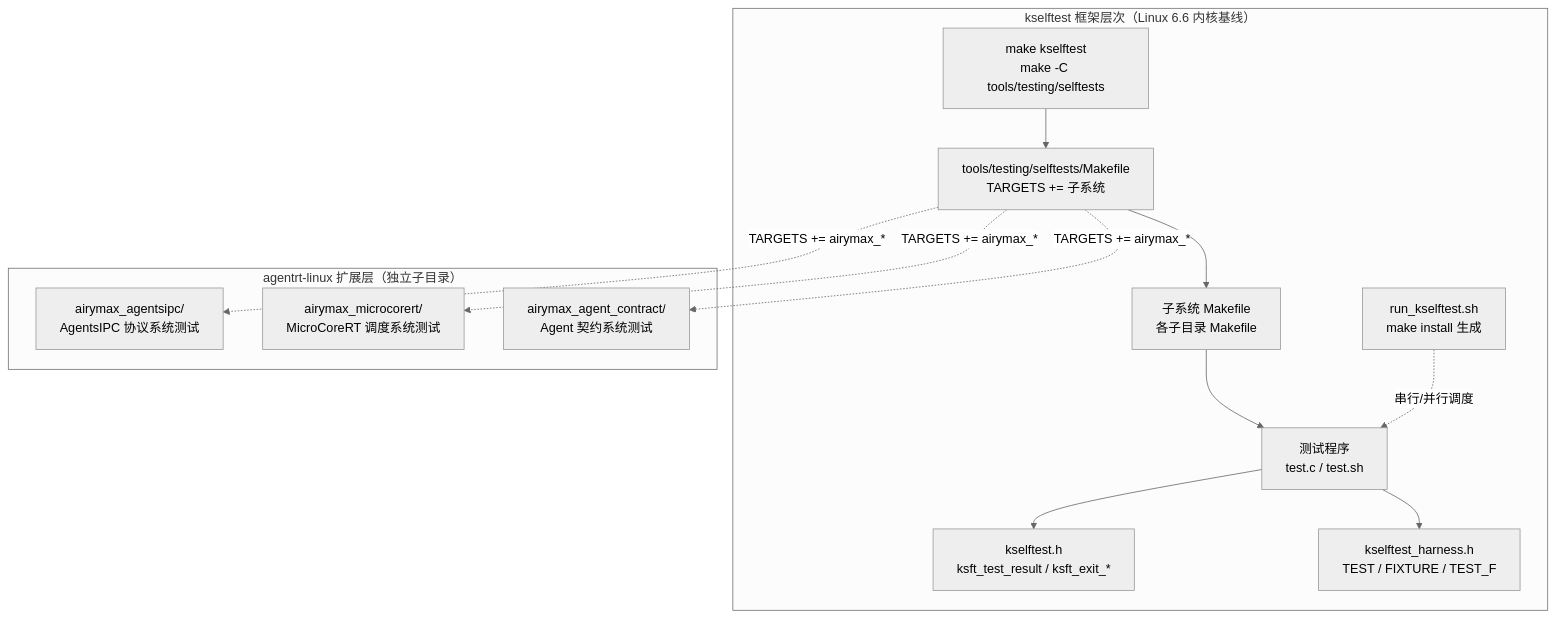
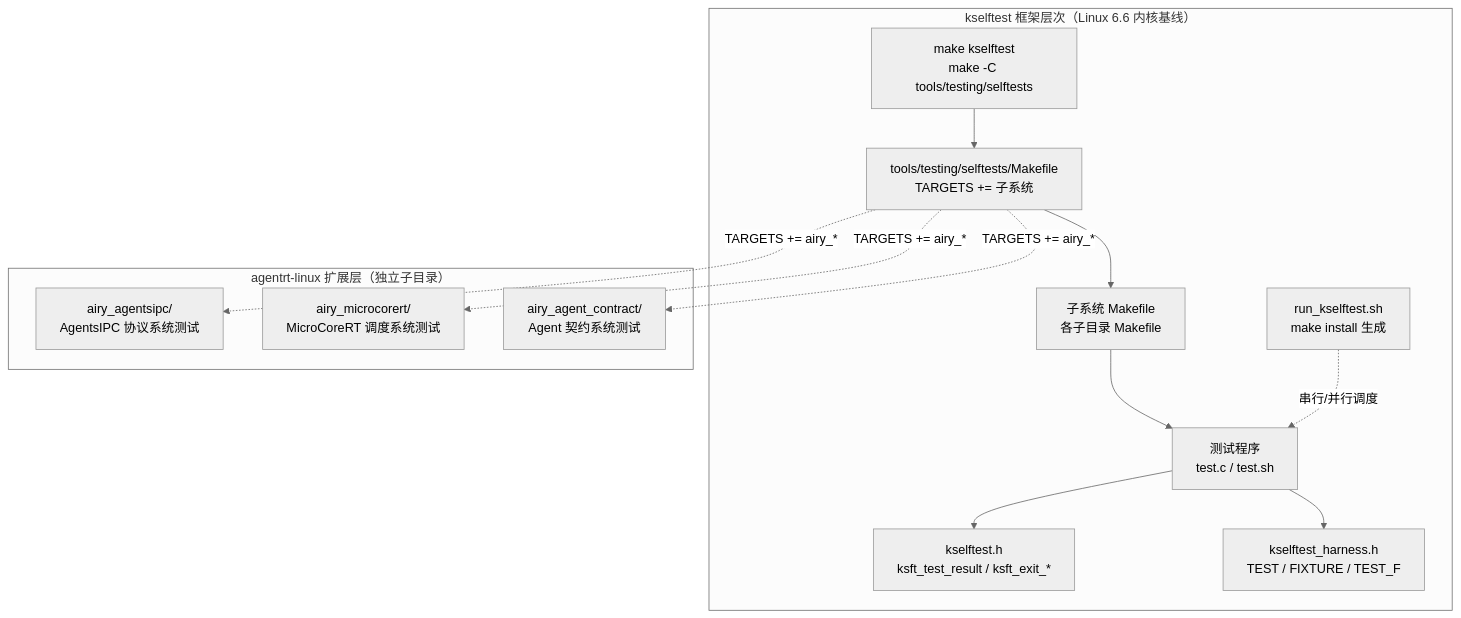
Before and after one commit to openairymax/docs-linux: the first of 4 diagrams in 80-testing/02-kselftest.md, drawn with Mermaid (neutral theme). The commit also changed other lines of this file and 132 other files, not shown here.

````diff
--- a/80-testing/02-kselftest.md
+++ b/80-testing/02-kselftest.md
@@ -47,24 +47,24 @@
 ```mermaid
 flowchart TB
     subgraph "kselftest 框架层次（Linux 6.6 内核基线）"
         A["make kselftest<br/>make -C tools/testing/selftests"]
         B["tools/testing/selftests/Makefile<br/>TARGETS += 子系统"]
         C["子系统 Makefile<br/>各子目录 Makefile"]
         D["测试程序<br/>test.c / test.sh"]
         E["kselftest.h<br/>ksft_test_result / ksft_exit_*"]
         F["kselftest_harness.h<br/>TEST / FIXTURE / TEST_F"]
         G["run_kselftest.sh<br/>make install 生成"]
     end
     A --> B --> C --> D
     D --> E
     D --> F
     G -.->|串行/并行调度| D
     subgraph "agentrt-linux 扩展层（独立子目录）"
-        H["airymax_agentsipc/<br/>AgentsIPC 协议系统测试"]
-        I["airymax_microcorert/<br/>MicroCoreRT 调度系统测试"]
-        J["airymax_agent_contract/<br/>Agent 契约系统测试"]
+        H["airy_agentsipc/<br/>AgentsIPC 协议系统测试"]
+        I["airy_microcorert/<br/>MicroCoreRT 调度系统测试"]
+        J["airy_agent_contract/<br/>Agent 契约系统测试"]
     end
-    B -.->|TARGETS += airymax_*| H
-    B -.->|TARGETS += airymax_*| I
-    B -.->|TARGETS += airymax_*| J
+    B -.->|TARGETS += airy_*| H
+    B -.->|TARGETS += airy_*| I
+    B -.->|TARGETS += airy_*| J
 ```
````
